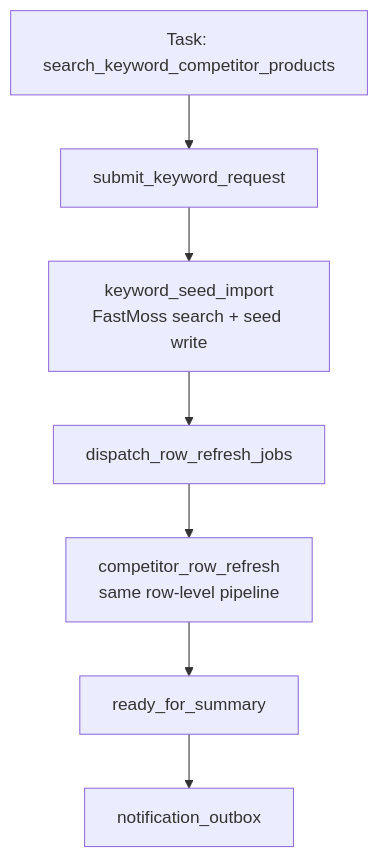
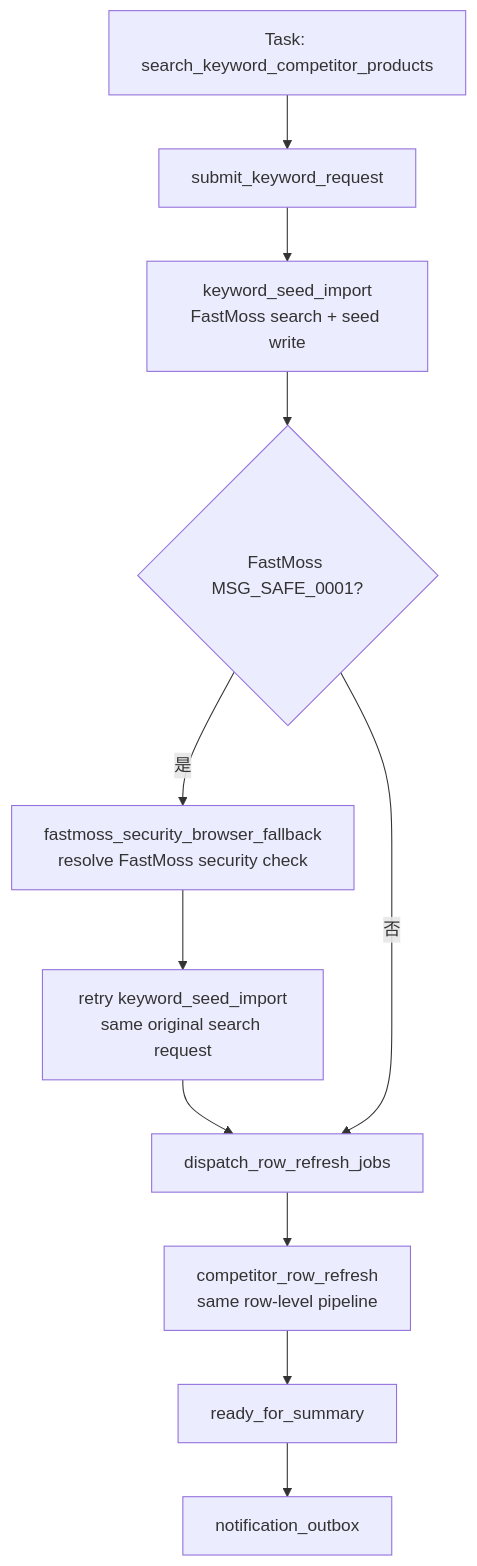
One commit to knighterrantsky/mujitask changed the fourth of 5 diagrams in docs/arch/workflow-competitor-table-design.md. Above: the diagram before and after it, drawn with Mermaid. The commit also changed other lines of this file and 50 other files, not shown here.

Commit message:
feat: support FastMoss fallback and TikTok slider verification

````diff
--- a/docs/arch/workflow-competitor-table-design.md
+++ b/docs/arch/workflow-competitor-table-design.md
@@ -202,9 +202,13 @@
 ```mermaid
 flowchart TD
     A["Task: search_keyword_competitor_products"] --> B["submit_keyword_request"]
     B --> C["keyword_seed_import<br/>FastMoss search + seed write"]
-    C --> D["dispatch_row_refresh_jobs"]
+    C --> S{"FastMoss MSG_SAFE_0001?"}
+    S -->|是| R["fastmoss_security_browser_fallback<br/>resolve FastMoss security check"]
+    R --> C2["retry keyword_seed_import<br/>same original search request"]
+    C2 --> D["dispatch_row_refresh_jobs"]
+    S -->|否| D["dispatch_row_refresh_jobs"]
     D --> E["competitor_row_refresh<br/>same row-level pipeline"]
     E --> F["ready_for_summary"]
     F --> G["notification_outbox"]
 ```
````
